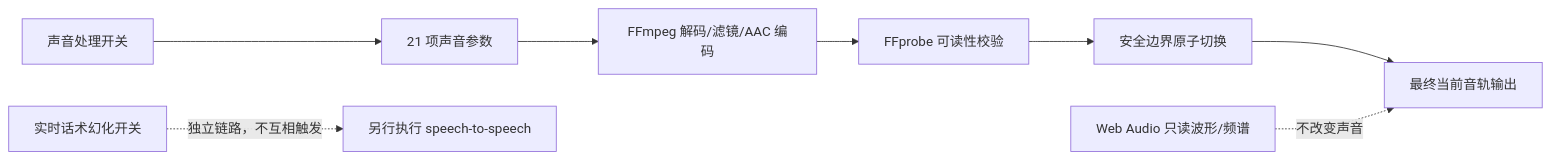
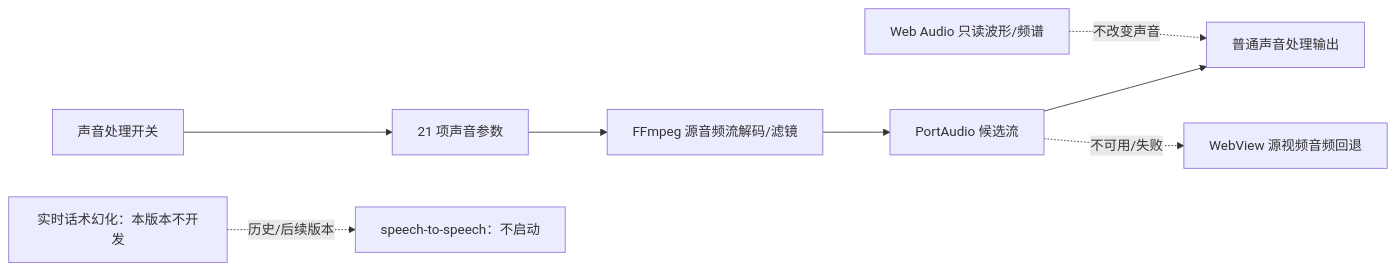
The second of 4 diagrams in 桌面端功能流程图.md (asd494235908/autolive), drawn with Mermaid before and after one commit. The commit also changed other lines of this file and 165 other files, not shown here.

First line of the commit message:
feat(desktop): stabilize PortAudio playback and packaging

````diff
--- a/桌面端功能流程图.md
+++ b/桌面端功能流程图.md
@@ -79,10 +72,10 @@
 ```mermaid
 flowchart LR
     AudioSwitch[声音处理开关] --> Profile[21 项声音参数]
-    Profile --> FFmpeg[FFmpeg 解码/滤镜/AAC 编码]
-    FFmpeg --> Probe[FFprobe 可读性校验]
-    Probe --> Commit[安全边界原子切换]
-    Commit --> Output[最终当前音轨输出]
+    Profile --> FFmpeg[FFmpeg 源音频流解码/滤镜]
+    FFmpeg --> PortAudio[PortAudio 候选流]
+    PortAudio --> Output[普通声音处理输出]
+    PortAudio -.不可用/失败.-> Fallback[WebView 源视频音频回退]
     Diagnostic[Web Audio 只读波形/频谱] -.不改变声音.-> Output
-    Realtime[实时话术幻化开关] -.独立链路，不互相触发.-> Speech[另行执行 speech-to-speech]
+    Realtime[实时话术幻化：本版本不开发] -.历史/后续版本.-> Speech[speech-to-speech：不启动]
 ```
````
